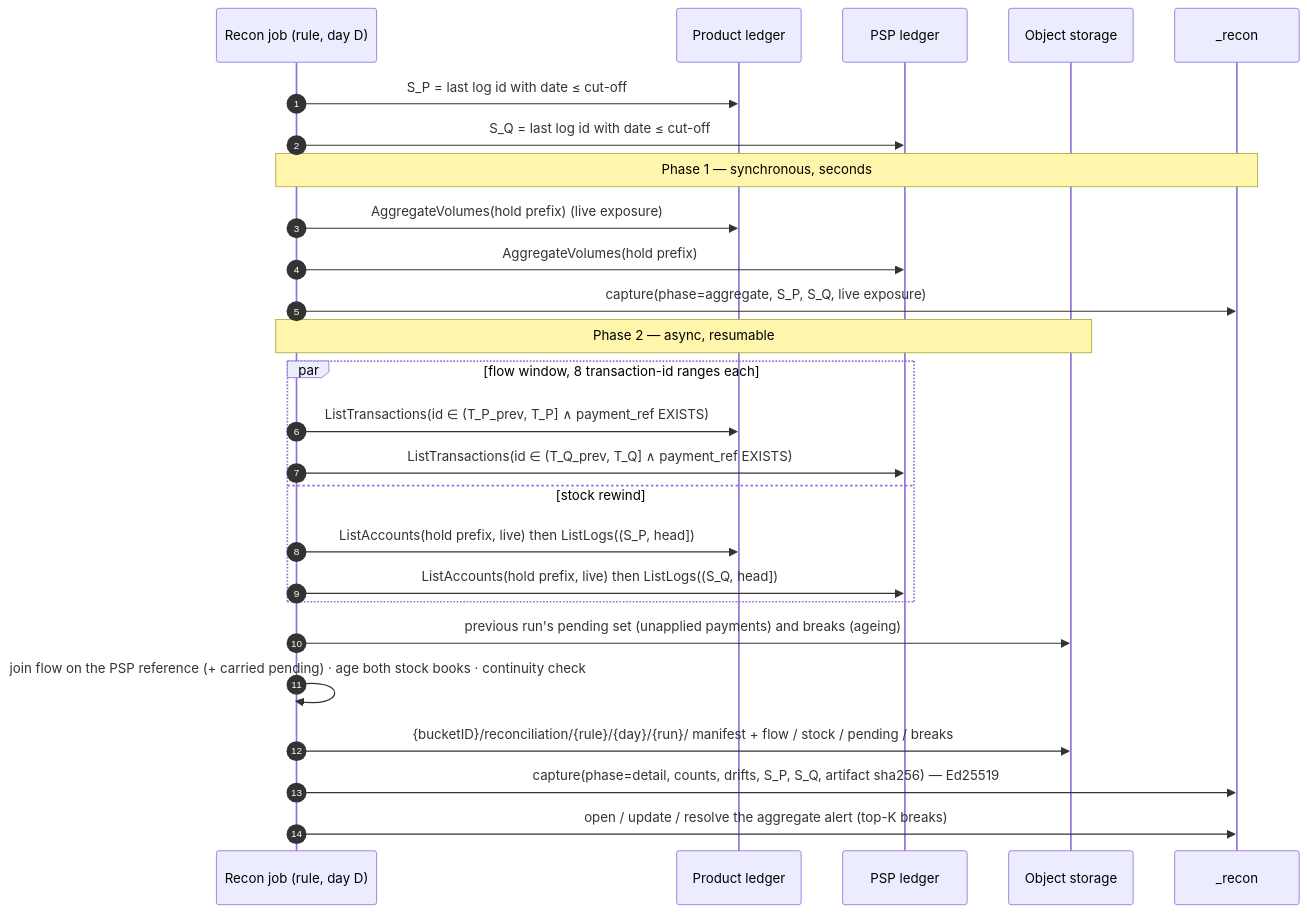
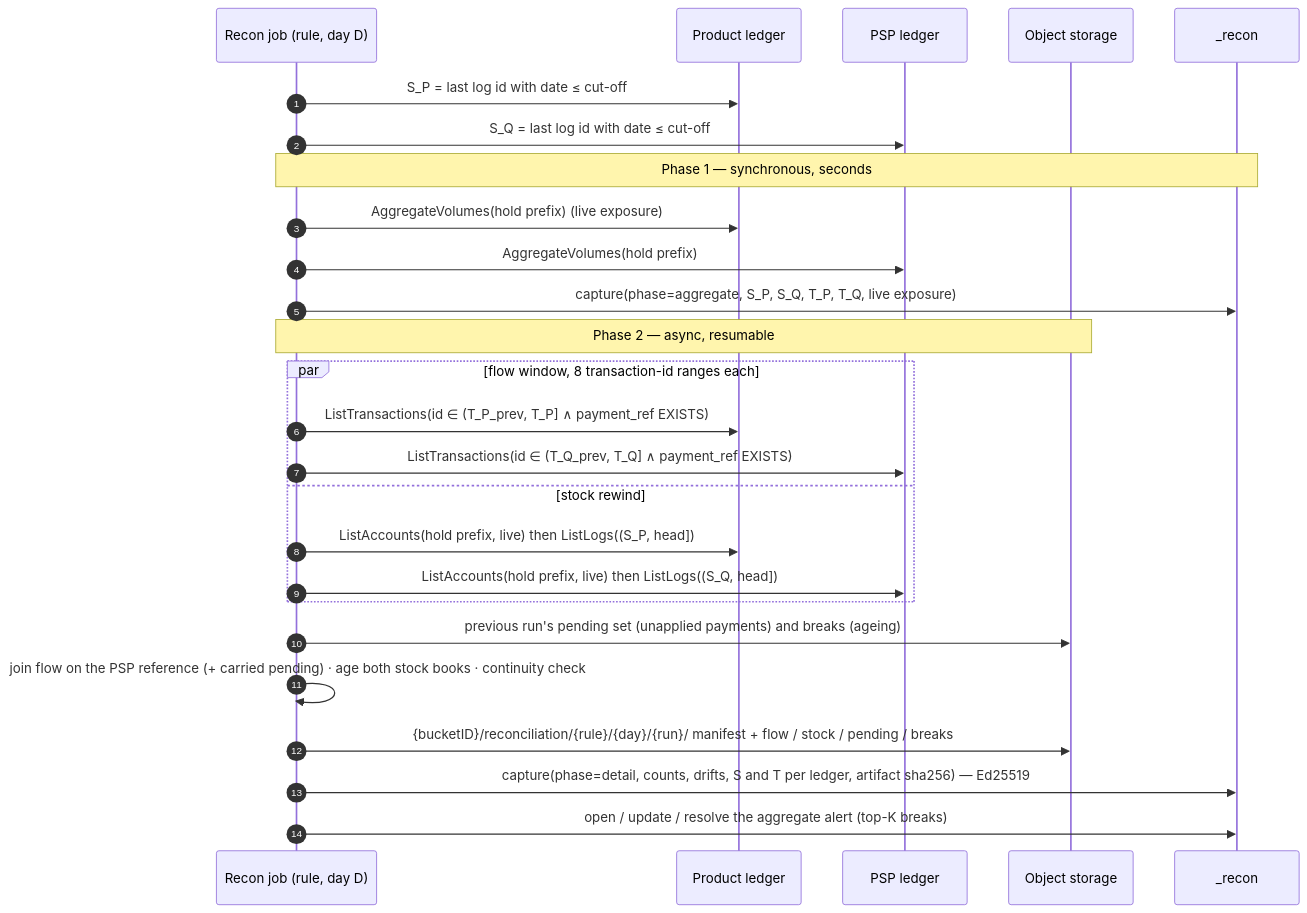
Before and after one commit to formancehq/reconciliation: the second of 2 diagrams in docs/technical/transaction-level-reconciliation.md, drawn with Mermaid. The commit also changed other lines of this file and 5 other files, not shown here.

````diff
--- a/docs/technical/transaction-level-reconciliation.md
+++ b/docs/technical/transaction-level-reconciliation.md
@@ -105,29 +106,29 @@
 ```mermaid
 sequenceDiagram
     autonumber
     participant J as Recon job (rule, day D)
     participant P as Product ledger
     participant Q as PSP ledger
     participant O as Object storage
     participant C as _recon
 
     J->>P: S_P = last log id with date ≤ cut-off
     J->>Q: S_Q = last log id with date ≤ cut-off
     Note over J,C: Phase 1 — synchronous, seconds
     J->>P: AggregateVolumes(hold prefix)  (live exposure)
     J->>Q: AggregateVolumes(hold prefix)
-    J->>C: capture(phase=aggregate, S_P, S_Q, live exposure)
+    J->>C: capture(phase=aggregate, S_P, S_Q, T_P, T_Q, live exposure)
     Note over J,O: Phase 2 — async, resumable
     par flow window, 8 transaction-id ranges each
         J->>P: ListTransactions(id ∈ (T_P_prev, T_P] ∧ payment_ref EXISTS)
         J->>Q: ListTransactions(id ∈ (T_Q_prev, T_Q] ∧ payment_ref EXISTS)
     and stock rewind
         J->>P: ListAccounts(hold prefix, live) then ListLogs((S_P, head])
         J->>Q: ListAccounts(hold prefix, live) then ListLogs((S_Q, head])
     end
     J->>O: previous run's pending set (unapplied payments) and breaks (ageing)
     J->>J: join flow on the PSP reference (+ carried pending) · age both stock books · continuity check
     J->>O: {bucketID}/reconciliation/{rule}/{day}/{run}/ manifest + flow / stock / pending / breaks
-    J->>C: capture(phase=detail, counts, drifts, S_P, S_Q, artifact sha256) — Ed25519
+    J->>C: capture(phase=detail, counts, drifts, S and T per ledger, artifact sha256) — Ed25519
     J->>C: open / update / resolve the aggregate alert (top-K breaks)
 ```
````
